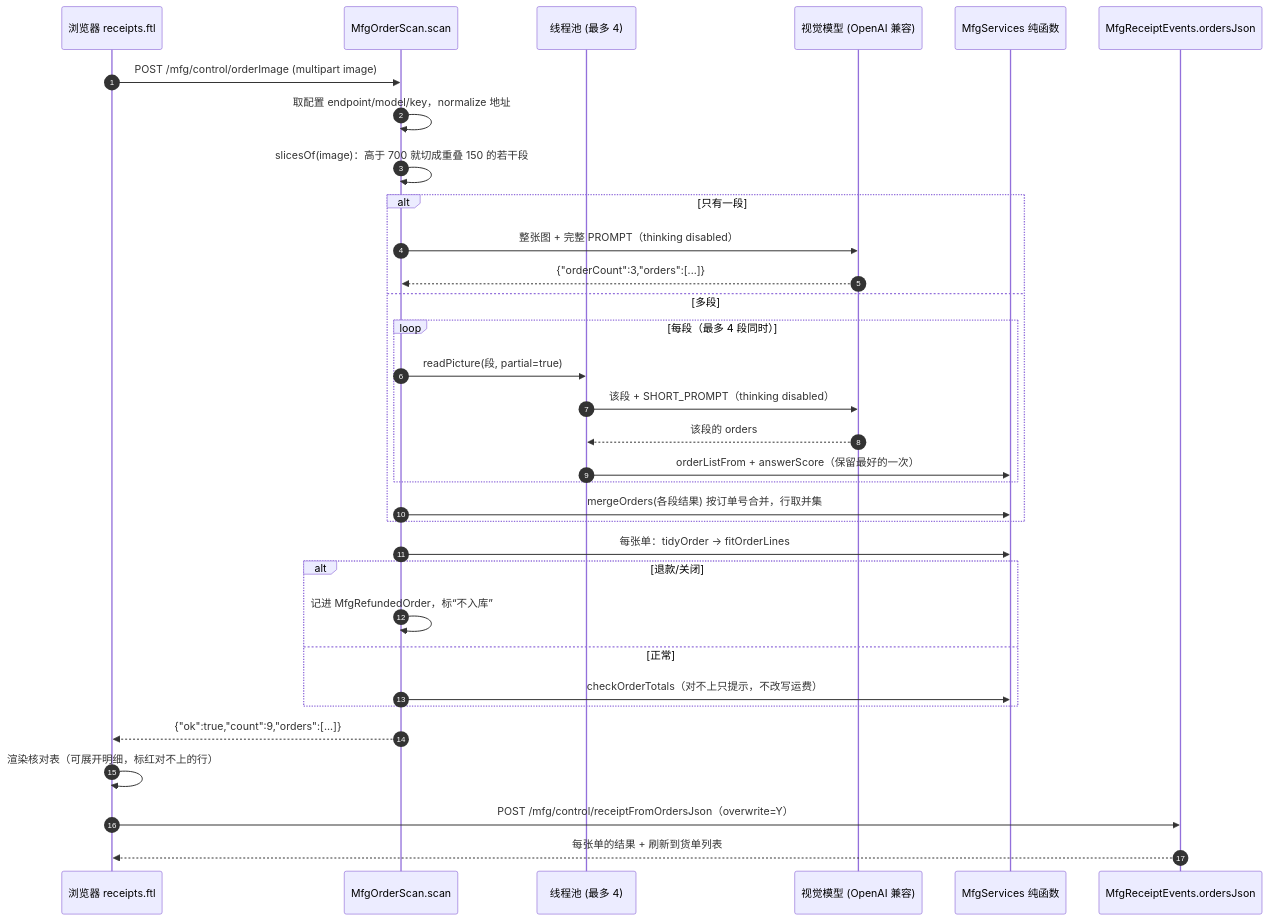
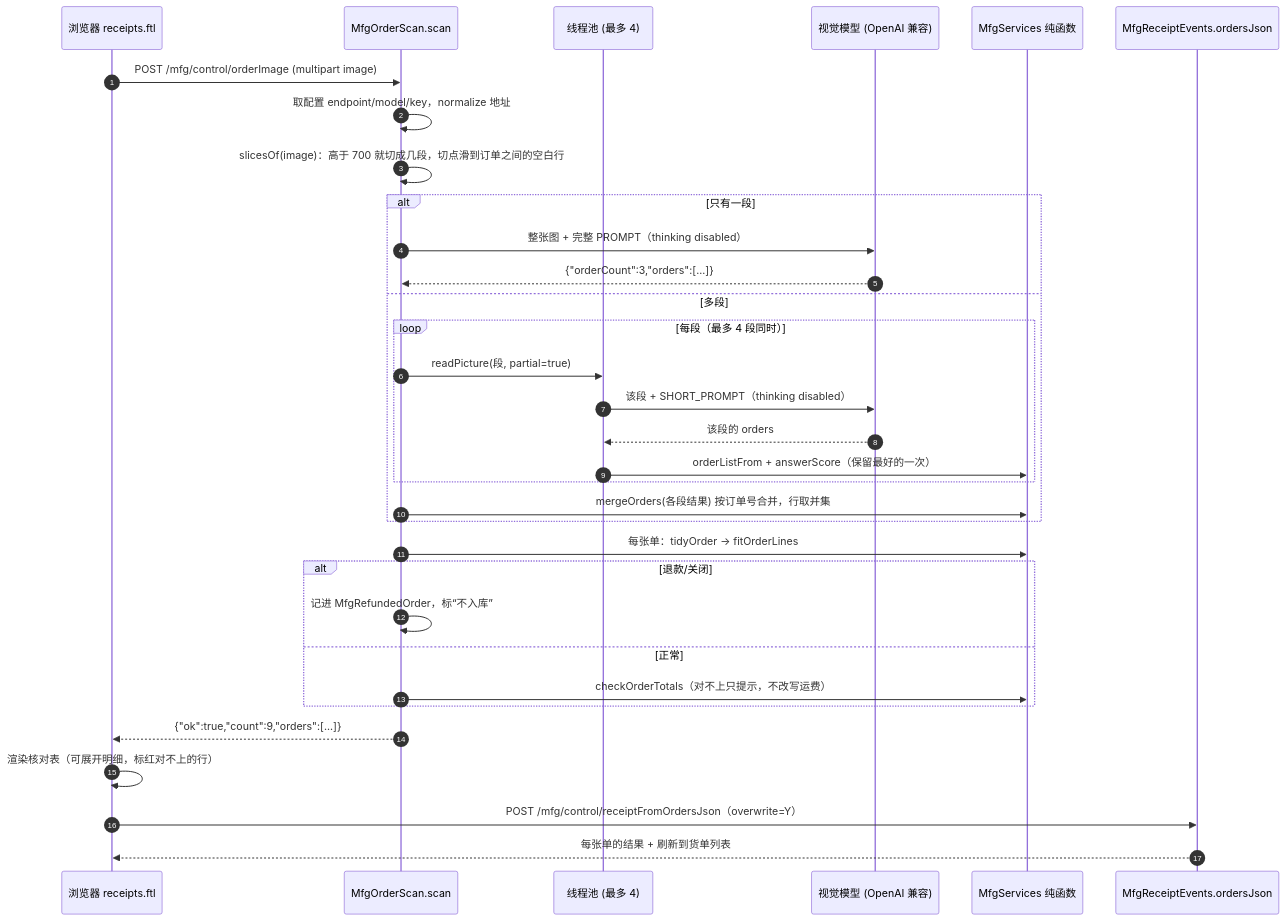
Before and after one commit to shijh/langhua: the first of 3 diagrams in langhua-ofbiz-mfg/docs/识图设计.md, drawn with Mermaid. The commit also changed other lines of this file and 5 other files, not shown here.

````diff
--- a/langhua-ofbiz-mfg/docs/识图设计.md
+++ b/langhua-ofbiz-mfg/docs/识图设计.md
@@ -74,36 +75,36 @@
 ```mermaid
 sequenceDiagram
     autonumber
     participant B as 浏览器 receipts.ftl
     participant E as MfgOrderScan.scan
     participant P as 线程池 (最多 4)
     participant V as 视觉模型 (OpenAI 兼容)
     participant S as MfgServices 纯函数
     participant I as MfgReceiptEvents.ordersJson
 
     B->>E: POST /mfg/control/orderImage (multipart image)
     E->>E: 取配置 endpoint/model/key，normalize 地址
-    E->>E: slicesOf(image)：高于 700 就切成重叠 150 的若干段
+    E->>E: slicesOf(image)：高于 700 就切成几段，切点滑到订单之间的空白行
     alt 只有一段
         E->>V: 整张图 + 完整 PROMPT（thinking disabled）
         V-->>E: {"orderCount":3,"orders":[...]}
     else 多段
         loop 每段（最多 4 段同时）
             E->>P: readPicture(段, partial=true)
             P->>V: 该段 + SHORT_PROMPT（thinking disabled）
             V-->>P: 该段的 orders
             P->>S: orderListFrom + answerScore（保留最好的一次）
         end
         E->>S: mergeOrders(各段结果) 按订单号合并，行取并集
     end
     E->>S: 每张单：tidyOrder → fitOrderLines
     alt 退款/关闭
         E->>E: 记进 MfgRefundedOrder，标“不入库”
     else 正常
         E->>S: checkOrderTotals（对不上只提示，不改写运费）
     end
     E-->>B: {"ok":true,"count":9,"orders":[...]}
     B->>B: 渲染核对表（可展开明细，标红对不上的行）
     B->>I: POST /mfg/control/receiptFromOrdersJson（overwrite=Y）
     I-->>B: 每张单的结果 + 刷新到货单列表
 ```
````
